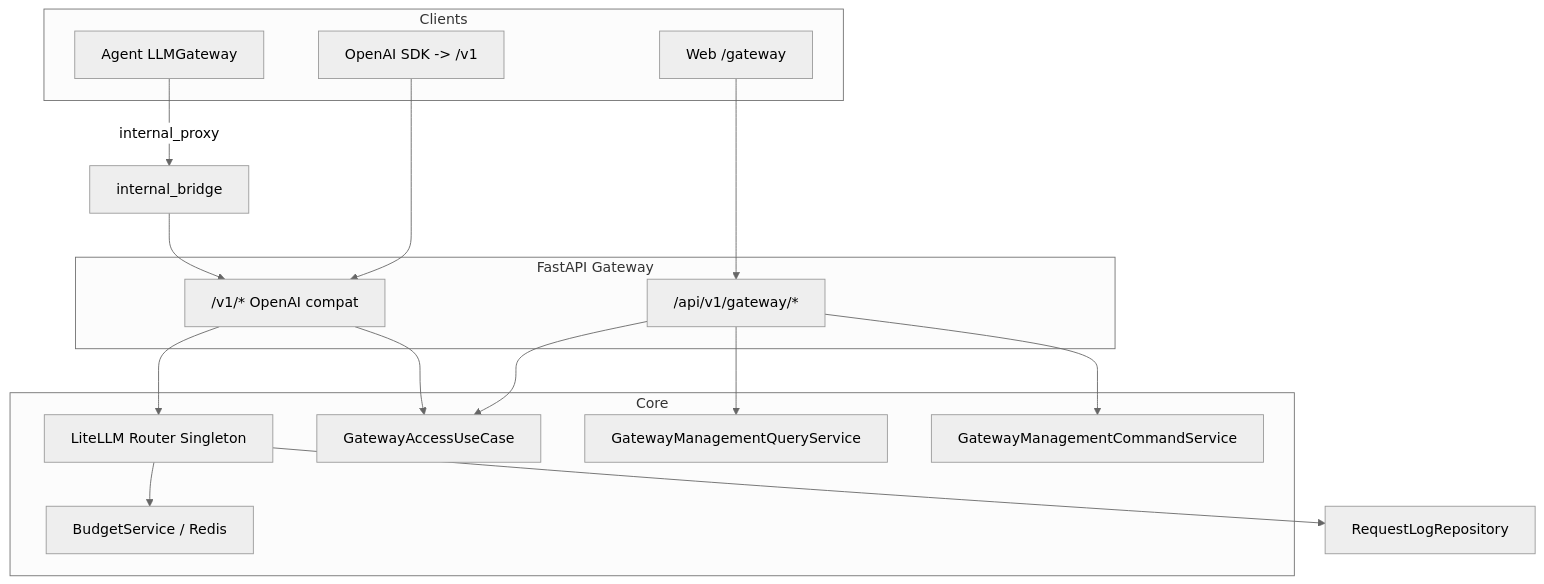
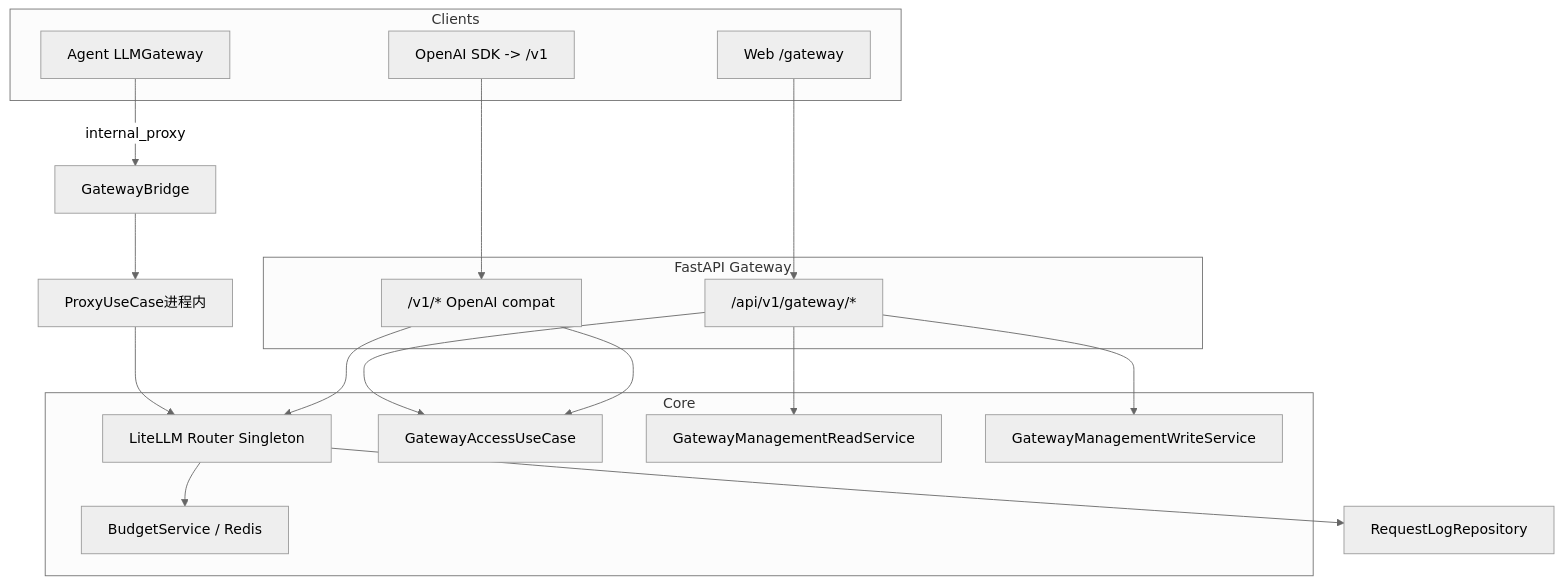
One commit to tianyehedashu/ai-agent changed the diagram in backend/docs/AI_GATEWAY_DOMAIN_ARCHITECTURE.md. Above: the diagram before and after it, drawn with Mermaid (neutral theme). The commit also changed other lines of this file and 125 other files, not shown here.

````diff
--- a/backend/docs/AI_GATEWAY_DOMAIN_ARCHITECTURE.md
+++ b/backend/docs/AI_GATEWAY_DOMAIN_ARCHITECTURE.md
@@ -59,28 +89,29 @@
 ```mermaid
 flowchart TB
   subgraph clients [Clients]
     UI[Web /gateway]
     Ext[OpenAI SDK -> /v1]
     Agent[Agent LLMGateway]
   end
   subgraph gateway_http [FastAPI Gateway]
     Mgmt["/api/v1/gateway/*"]
     V1["/v1/* OpenAI compat"]
   end
   subgraph core [Core]
     Router[LiteLLM Router Singleton]
     Budget[BudgetService / Redis]
     Access[GatewayAccessUseCase]
-    QSvc[GatewayManagementQueryService]
-    CSvc[GatewayManagementCommandService]
+    ReadSvc[GatewayManagementReadService]
+    WriteSvc[GatewayManagementWriteService]
   end
   UI --> Mgmt
   Ext --> V1
-  Agent -->|internal_proxy| Bridge[internal_bridge]
-  Bridge --> V1
-  Mgmt --> Access & QSvc & CSvc
+  Agent -->|internal_proxy| Bridge[GatewayBridge]
+  Bridge --> ProxyUC[ProxyUseCase进程内]
+  ProxyUC --> Router
+  Mgmt --> Access & ReadSvc & WriteSvc
   V1 --> Access
   V1 --> Router
   Router --> Budget
   Router --> LogRepo[RequestLogRepository]
 ```
````
